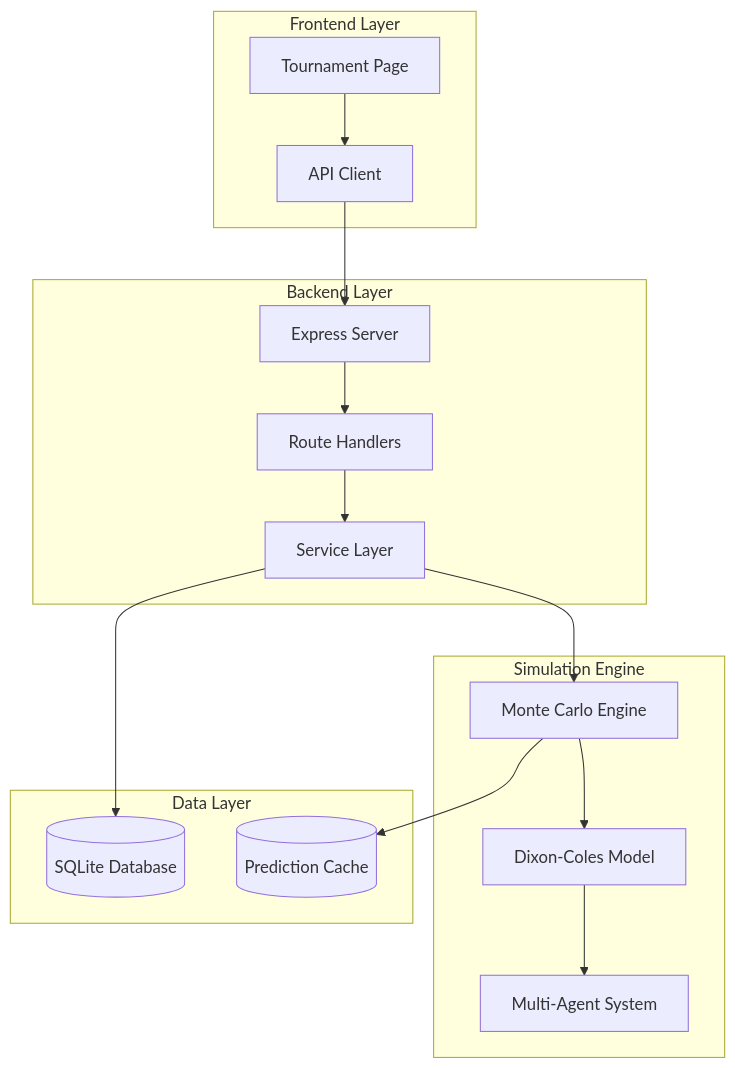
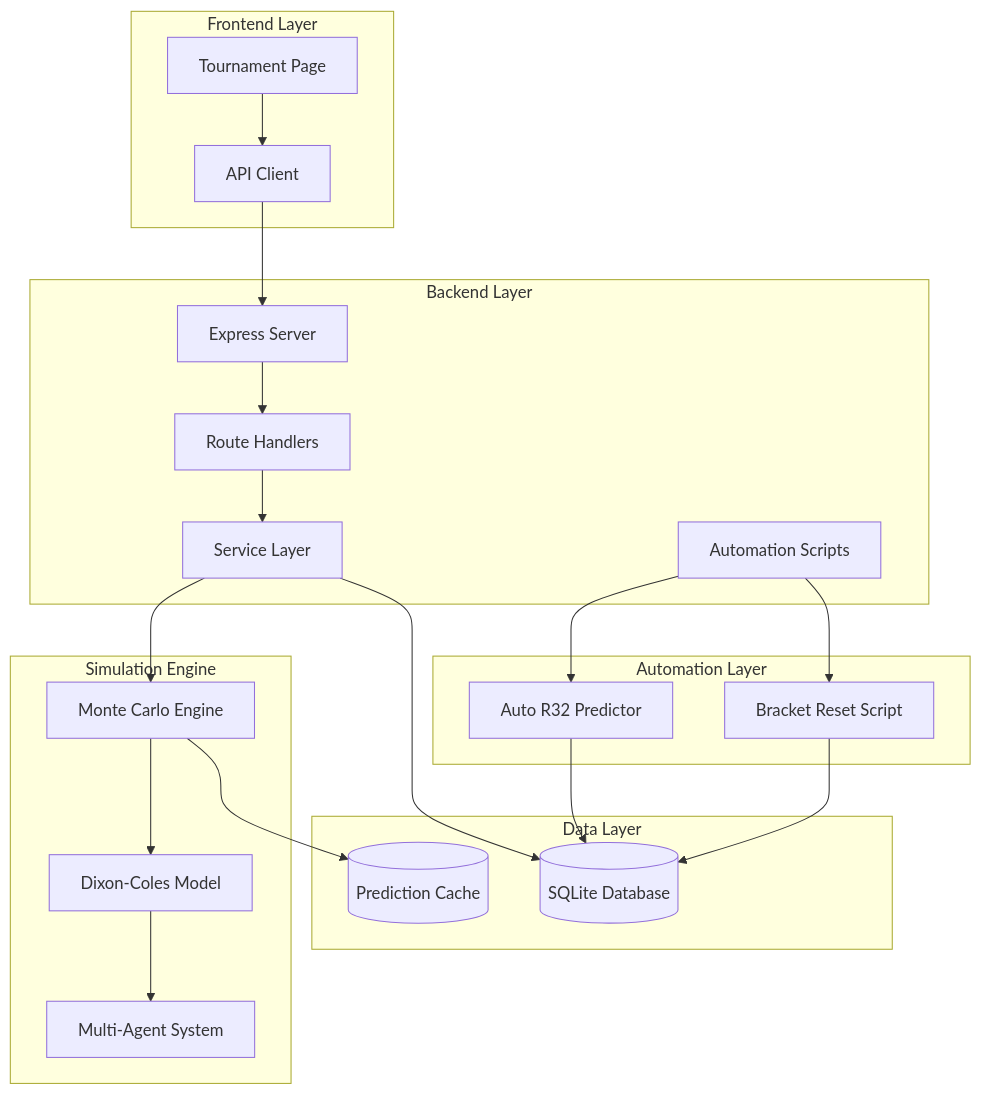
One commit to cheesiong/WC26-qwen changed the first of 7 diagrams in .qoder/repowiki/en/content/API Reference/Tournament API/Tournament Simulation System.md. Above: the diagram before and after it, drawn with Mermaid. The commit also changed other lines of this file and 49 other files, not shown here.

````diff
--- a/.qoder/repowiki/en/content/API Reference/Tournament API/Tournament Simulation System.md
+++ b/.qoder/repowiki/en/content/API Reference/Tournament API/Tournament Simulation System.md
@@ -39,30 +56,39 @@
 ```mermaid
 graph TB
 subgraph "Frontend Layer"
 FE[Tournament Page]
 API[API Client]
 end
 subgraph "Backend Layer"
 Server[Express Server]
 Routes[Route Handlers]
 Services[Service Layer]
+Scripts[Automation Scripts]
 end
 subgraph "Simulation Engine"
 MC[Monte Carlo Engine]
 DC[Dixon-Coles Model]
 Agents[Multi-Agent System]
 end
 subgraph "Data Layer"
 DB[(SQLite Database)]
 Cache[(Prediction Cache)]
 end
+subgraph "Automation Layer"
+R32[Auto R32 Predictor]
+Reset[Bracket Reset Script]
+end
 FE --> API
 API --> Server
 Server --> Routes
 Routes --> Services
 Services --> MC
 MC --> DC
 DC --> Agents
 Services --> DB
 MC --> Cache
+Scripts --> R32
+Scripts --> Reset
+R32 --> DB
+Reset --> DB
 ```
````
